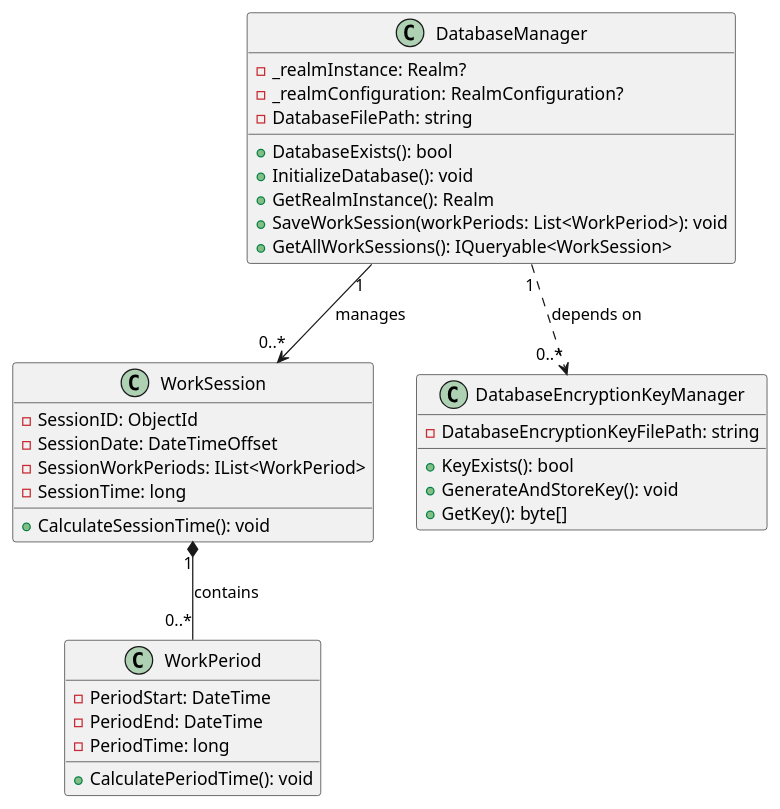
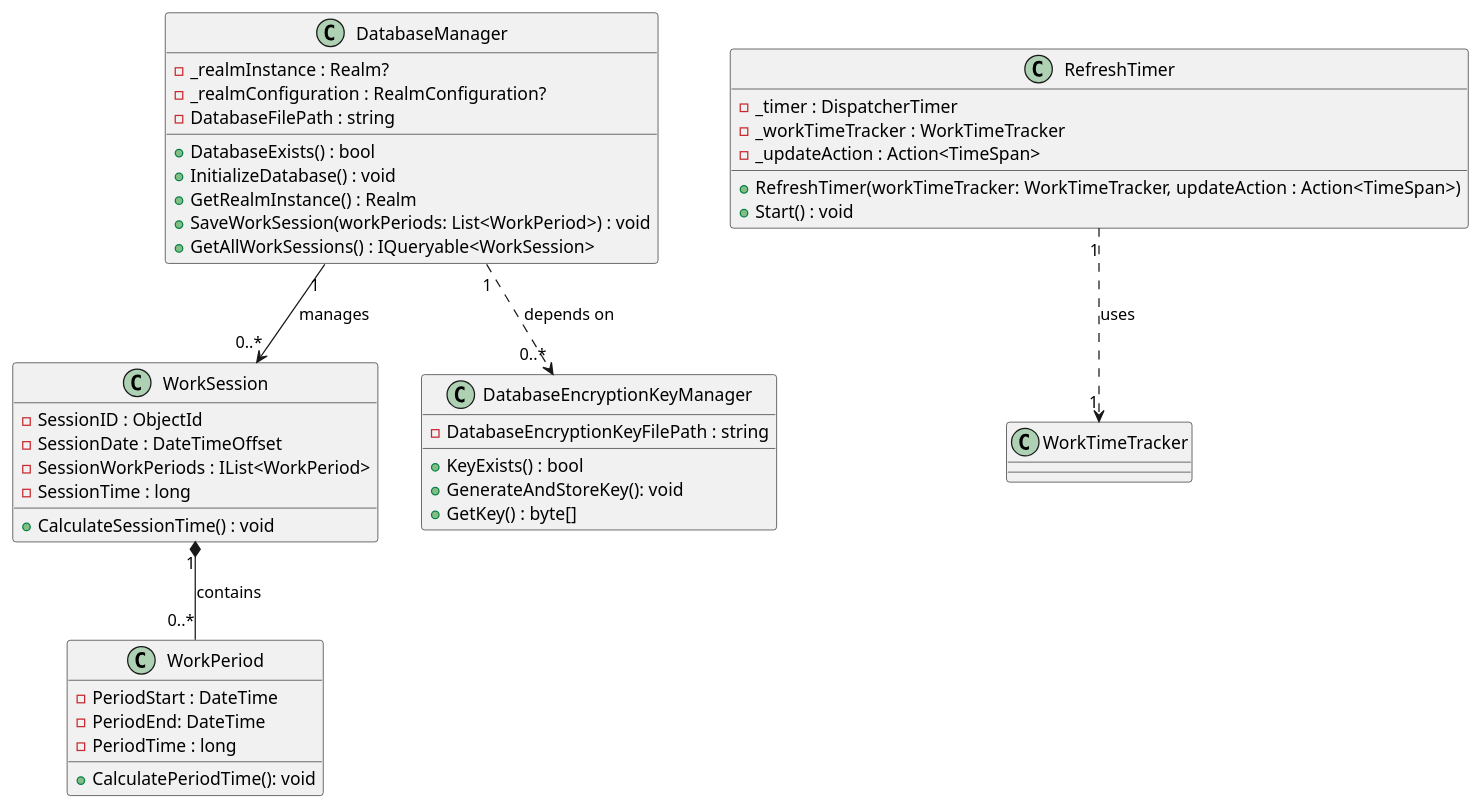
The diagram in README.md (Kalkalax/TimeHub), drawn with PlantUML before and after one commit. The commit also changed 16 other files, not shown here.

```diff
--- a/README.md
+++ b/README.md
@@ -3,43 +3,53 @@
 @startuml
 ' Klasa DatabaseManager
 class DatabaseManager {
-    - _realmInstance: Realm?
-    - _realmConfiguration: RealmConfiguration?
-    - DatabaseFilePath: string
-    + DatabaseExists(): bool
-    + InitializeDatabase(): void
-    + GetRealmInstance(): Realm
-    + SaveWorkSession(workPeriods: List<WorkPeriod>): void
-    + GetAllWorkSessions(): IQueryable<WorkSession>
+    - _realmInstance : Realm?
+    - _realmConfiguration : RealmConfiguration?
+    - DatabaseFilePath : string
+    + DatabaseExists() : bool
+    + InitializeDatabase() : void
+    + GetRealmInstance() : Realm
+    + SaveWorkSession(workPeriods: List<WorkPeriod>) : void
+    + GetAllWorkSessions() : IQueryable<WorkSession>
 }
 
 ' Klasa WorkSession
 class WorkSession {
-    - SessionID: ObjectId
-    - SessionDate: DateTimeOffset
-    - SessionWorkPeriods: IList<WorkPeriod>
-    - SessionTime: long
-    + CalculateSessionTime(): void
+    - SessionID : ObjectId
+    - SessionDate : DateTimeOffset
+    - SessionWorkPeriods : IList<WorkPeriod>
+    - SessionTime : long
+    + CalculateSessionTime() : void
 }
 
 ' Klasa WorkPeriod
 class WorkPeriod {
-    - PeriodStart: DateTime
+    - PeriodStart : DateTime
     - PeriodEnd: DateTime
-    - PeriodTime: long
+    - PeriodTime : long
     + CalculatePeriodTime(): void
 }
 
 ' Klasa DatabaseEncryptionKeyManager
 class DatabaseEncryptionKeyManager {
-    - DatabaseEncryptionKeyFilePath: string
-    + KeyExists(): bool
+    - DatabaseEncryptionKeyFilePath : string
+    + KeyExists() : bool
     + GenerateAndStoreKey(): void
-    + GetKey(): byte[]
+    + GetKey() : byte[]
+}
+' Klasa RefreshTimer
+class RefreshTimer {
+    - _timer : DispatcherTimer
+    - _workTimeTracker : WorkTimeTracker
+    - _updateAction : Action<TimeSpan>
+    + RefreshTimer(workTimeTracker: WorkTimeTracker, updateAction : Action<TimeSpan>)
+    + Start() : void
+
 }
 
 ' Relacje
 DatabaseManager "1" --> "0..*" WorkSession : "manages"
 WorkSession "1" *-- "0..*" WorkPeriod : "contains"
 DatabaseManager "1" ..> "0..*" DatabaseEncryptionKeyManager : "depends on"
+RefreshTimer "1" ..> "1" WorkTimeTracker : "uses"
 @enduml
```
